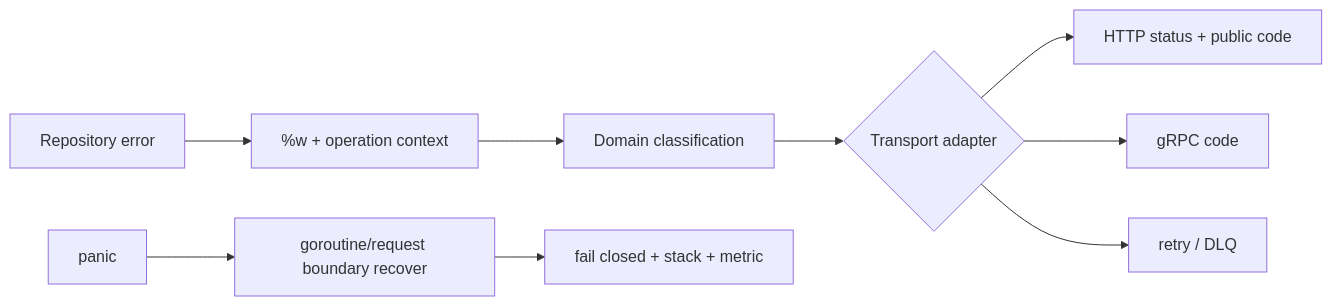
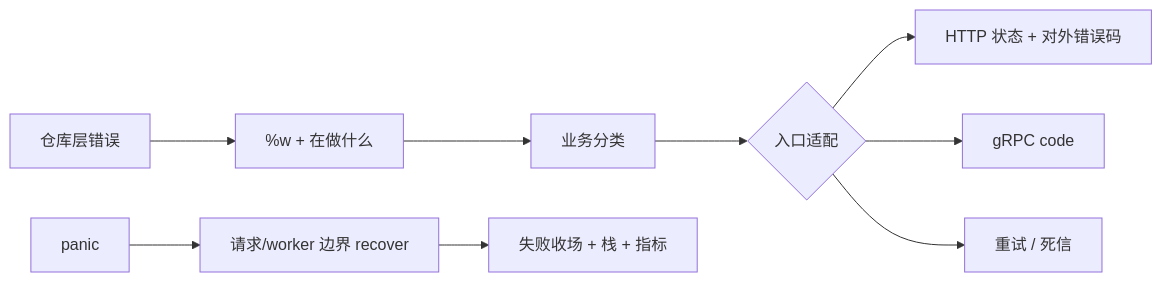
Before and after one commit to twodog-tt/Golang-development-manual: the diagram in docs/topics/16-go-production-engineering/S-GOENG-01-errors-contract-panic-boundary.md, drawn with Mermaid. The commit also changed other lines of this file, not shown here.

First line of the commit message:
Clarify S-GOENG-01 error and panic guidance in plain language.

````diff
--- a/docs/topics/16-go-production-engineering/S-GOENG-01-errors-contract-panic-boundary.md
+++ b/docs/topics/16-go-production-engineering/S-GOENG-01-errors-contract-panic-boundary.md
@@ -56,11 +62,11 @@
 ```mermaid
 flowchart LR
-  Repo["Repository error"] --> Wrap["%w + operation context"]
-  Wrap --> Domain["Domain classification"]
-  Domain --> Adapter{"Transport adapter"}
-  Adapter --> HTTP["HTTP status + public code"]
+  Repo["仓库层错误"] --> Wrap["%w + 在做什么"]
+  Wrap --> Domain["业务分类"]
+  Domain --> Adapter{"入口适配"}
+  Adapter --> HTTP["HTTP 状态 + 对外错误码"]
   Adapter --> GRPC["gRPC code"]
-  Adapter --> MQ["retry / DLQ"]
-  Panic["panic"] --> Boundary["goroutine/request boundary recover"]
-  Boundary --> Fail["fail closed + stack + metric"]
+  Adapter --> MQ["重试 / 死信"]
+  Panic["panic"] --> Boundary["请求/worker 边界 recover"]
+  Boundary --> Fail["失败收场 + 栈 + 指标"]
 ```
````
